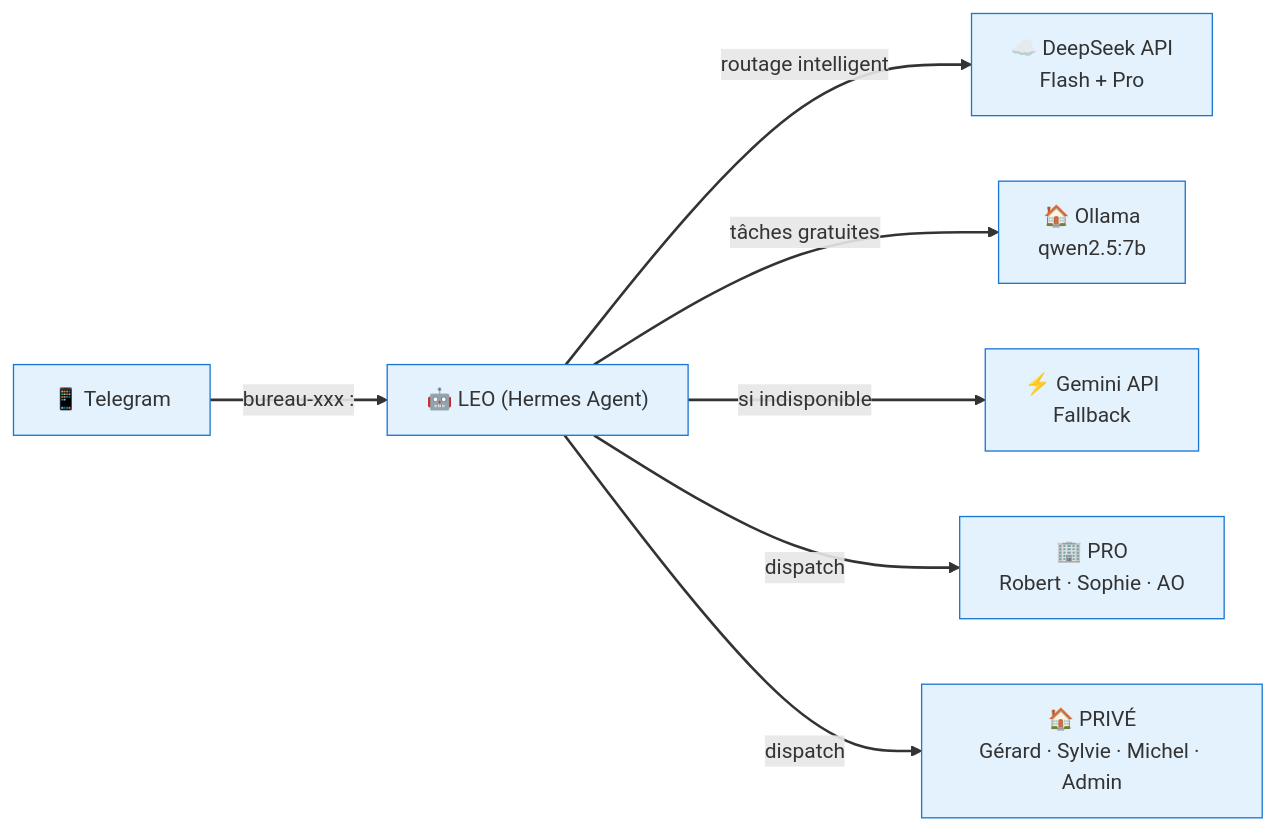
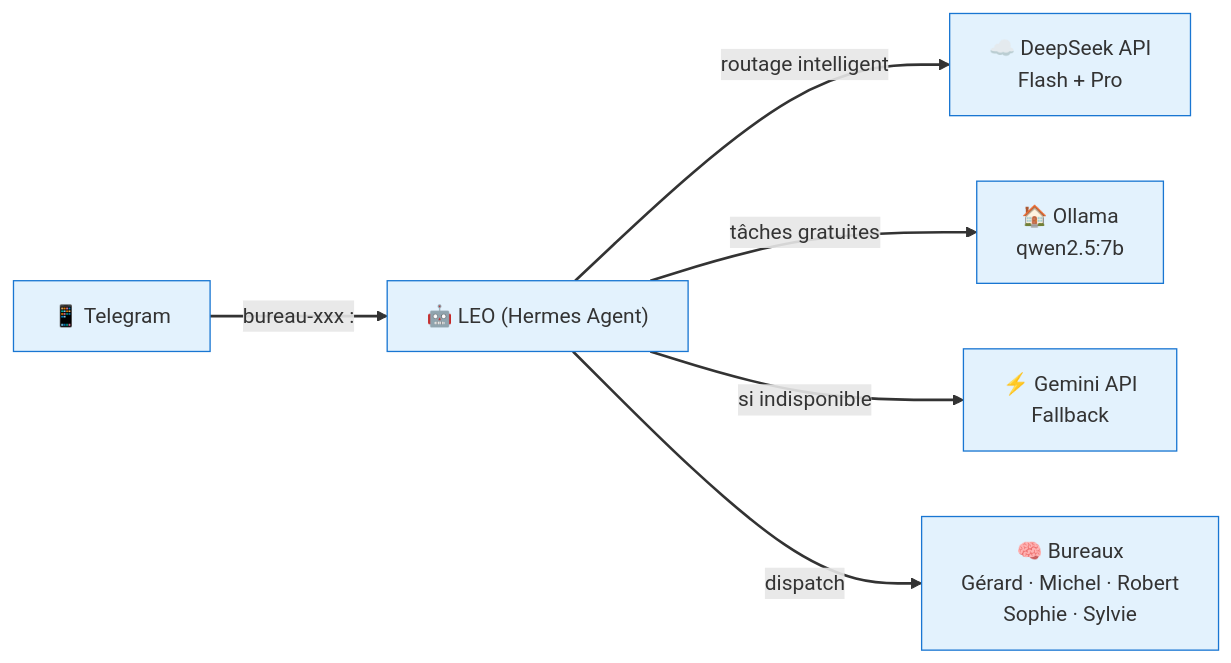
One commit to christophedanhier-hash/BAVI_LEO changed the first of 3 diagrams in docs/index.md. Above: the diagram before and after it, drawn with Mermaid. The commit also changed other lines of this file, not shown here.

Commit message:
fix: màj index BAVI LEO (structure bureaux, 28 crons, 3 bots)

````diff
--- a/docs/index.md
+++ b/docs/index.md
@@ -40,26 +40,23 @@
 ```mermaid
 flowchart LR
     Telegram["📱 Telegram"]
     LEO["🤖 LEO (Hermes Agent)"]
-    PRO["🏢 PRO<br/>Robert · Sophie · AO"]
-    PRIVE["🏠 PRIVÉ<br/>Gérard · Sylvie · Michel · Admin"]
+    Bureaux["🧠 Bureaux<br/>Gérard · Michel · Robert<br/>Sophie · Sylvie"]
     DeepSeek["☁️ DeepSeek API<br/>Flash + Pro"]
     Ollama["🏠 Ollama<br/>qwen2.5:7b"]
     Gemini["⚡ Gemini API<br/>Fallback"]
 
     Telegram -->|"bureau-xxx : <demande>"| LEO
     LEO -->|"routage intelligent"| DeepSeek
     LEO -->|"tâches gratuites"| Ollama
     LEO -->|"si indisponible"| Gemini
-    LEO -->|"dispatch"| PRO
-    LEO -->|"dispatch"| PRIVE
+    LEO -->|"dispatch"| Bureaux
 
     style Telegram fill:#e3f2fd,stroke:#1976d2
     style LEO fill:#e3f2fd,stroke:#1976d2
-    style PRO fill:#e3f2fd,stroke:#1976d2
-    style PRIVE fill:#e3f2fd,stroke:#1976d2
+    style Bureaux fill:#e3f2fd,stroke:#1976d2
     style DeepSeek fill:#e3f2fd,stroke:#1976d2
     style Ollama fill:#e3f2fd,stroke:#1976d2
     style Gemini fill:#e3f2fd,stroke:#1976d2
     linkStyle default stroke-width:2px,fill:none
 ```
````
